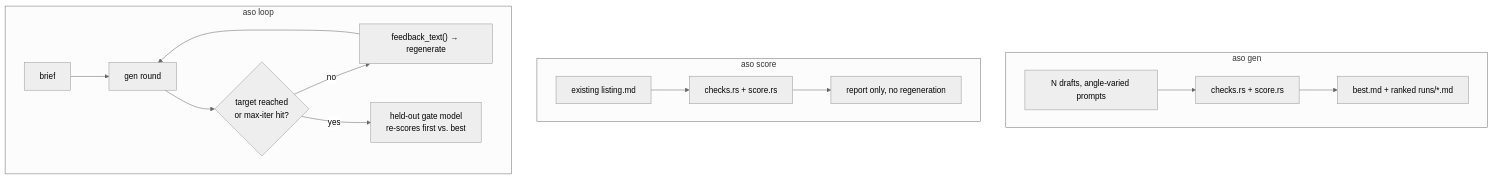
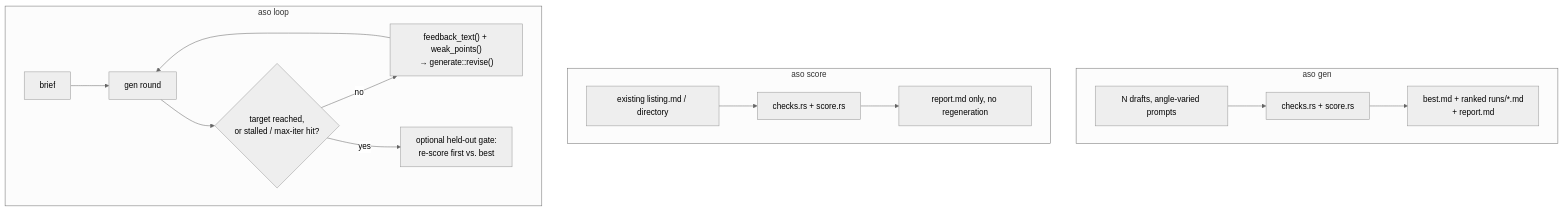
Before and after one commit to Loop-Suite/aso-loop: the third of 6 diagrams in README.md, drawn with Mermaid (neutral theme). The commit also changed other lines of this file, not shown here.

First line of the commit message:
Rewrite README in English with pipeline, architecture, and scoring diagrams

````diff
--- a/README.md
+++ b/README.md
@@ -27,14 +76,14 @@
 ```mermaid
 flowchart TB
     subgraph gen["aso gen"]
-        G1["N drafts, angle-varied prompts"] --> G2["checks.rs + score.rs"] --> G3["best.md + ranked runs/*.md"]
+        G1["N drafts, angle-varied prompts"] --> G2["checks.rs + score.rs"] --> G3["best.md + ranked runs/*.md<br/>+ report.md"]
     end
     subgraph score["aso score"]
-        S1["existing listing.md"] --> S2["checks.rs + score.rs"] --> S3["report only, no regeneration"]
+        S1["existing listing.md / directory"] --> S2["checks.rs + score.rs"] --> S3["report.md only, no regeneration"]
     end
     subgraph loopmode["aso loop"]
-        L1["brief"] --> L2["gen round"] --> L3{"target reached<br/>or max-iter hit?"}
-        L3 -->|"no"| L4["feedback_text() → regenerate"] --> L2
-        L3 -->|"yes"| L5["held-out gate model<br/>re-scores first vs. best"]
+        L1["brief"] --> L2["gen round"] --> L3{"target reached,<br/>or stalled / max-iter hit?"}
+        L3 -->|"no"| L4["feedback_text() + weak_points()<br/>→ generate::revise()"] --> L2
+        L3 -->|"yes"| L5["optional held-out gate:<br/>re-score first vs. best"]
     end
 ```
````
